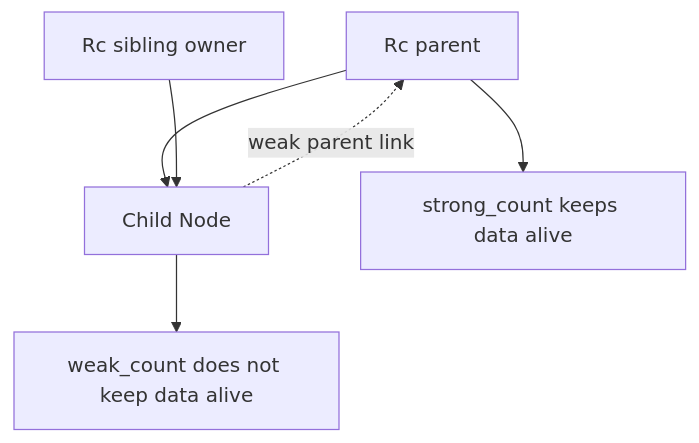
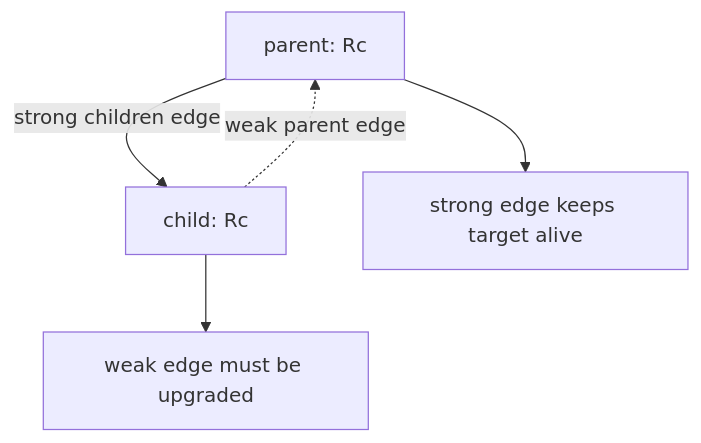
One commit to justinbrianhwang/SJ-wiki changed the diagram in docs/cs/programming/rust/smart-pointers.md. Above: the diagram before and after it, drawn with Mermaid. The commit also changed other lines of this file and 955 other files, not shown here.

````diff
--- a/docs/cs/programming/rust/smart-pointers.md
+++ b/docs/cs/programming/rust/smart-pointers.md
@@ -58,8 +187,7 @@
 ```mermaid
 flowchart TD
-  A["Rc<Node> parent"] --> B[Child Node]
-  C["Rc<Node> sibling owner"] --> B
-  B -. weak parent link .-> A
-  A --> D[strong_count keeps data alive]
-  B --> E[weak_count does not keep data alive]
+  P["parent: Rc<Node>"] -->|strong children edge| C["child: Rc<Node>"]
+  C -.->|weak parent edge| P
+  P --> L["strong edge keeps target alive"]
+  C --> O["weak edge must be upgraded"]
 ```
````
